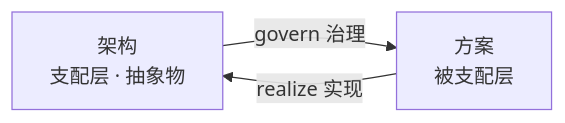
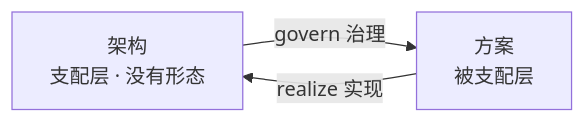
Before and after one commit to Yongjunzhou/AOS-system-design: the second of 15 diagrams in 100-subprojects/01-系统工程研究/00-系统工程相关研究报告/24-架构与设计边界研究报告-从定义辨析到架构视角与架构视图.md, drawn with Mermaid. The commit also changed other lines of this file and 177 other files, not shown here.

````diff
--- a/100-subprojects/01-系统工程研究/00-系统工程相关研究报告/24-架构与设计边界研究报告-从定义辨析到架构视角与架构视图.md
+++ b/100-subprojects/01-系统工程研究/00-系统工程相关研究报告/24-架构与设计边界研究报告-从定义辨析到架构视角与架构视图.md
@@ -174,5 +174,5 @@
 ```mermaid
 flowchart LR
-    AR["架构<br/>支配层 · 抽象物"] -->|"govern 治理"| SO["方案<br/>被支配层"]
+    AR["架构<br/>支配层 · 没有形态"] -->|"govern 治理"| SO["方案<br/>被支配层"]
     SO -->|"realize 实现"| AR
 ```
````
